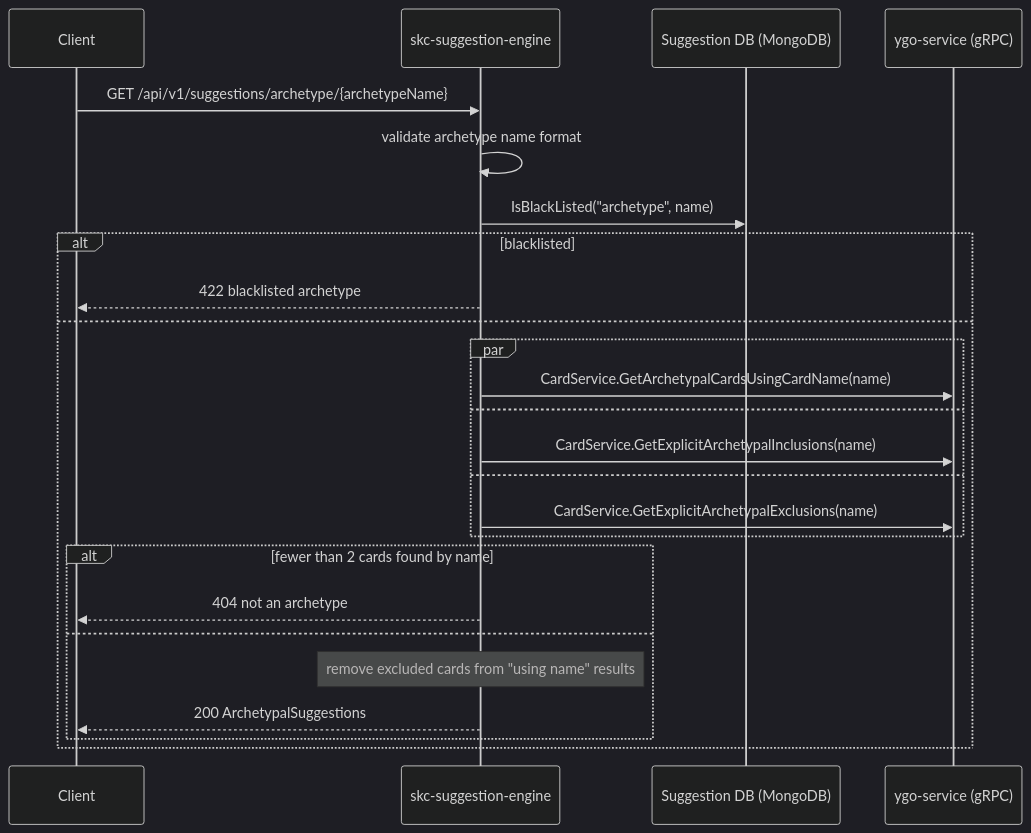
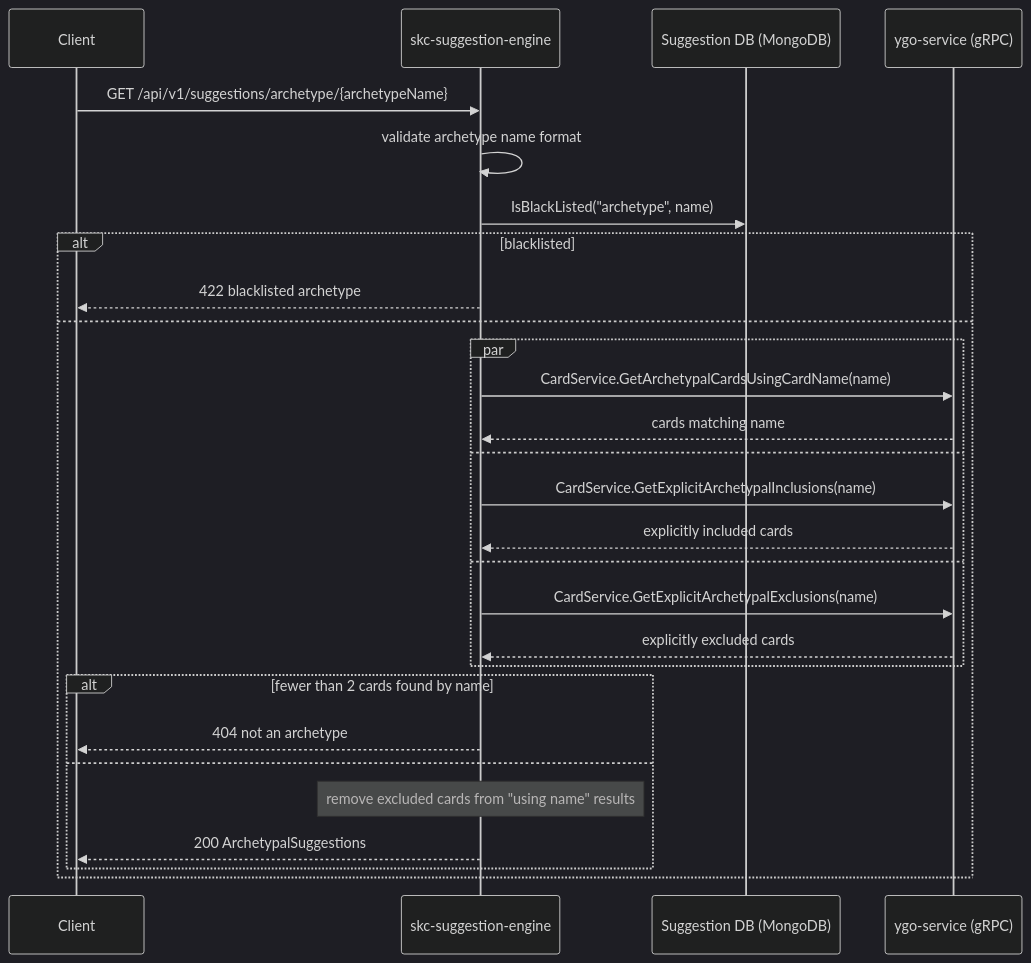
Before and after one commit to ygo-skc/skc-suggestion-engine: the tenth of 13 diagrams in SYSTEM_DESIGN.md, drawn with Mermaid (dark theme). The commit also changed other lines of this file, not shown here.

````diff
--- a/SYSTEM_DESIGN.md
+++ b/SYSTEM_DESIGN.md
@@ -198,28 +220,31 @@
 ```mermaid
 sequenceDiagram
     participant Client
     participant API as skc-suggestion-engine
     participant DB as Suggestion DB (MongoDB)
     participant YGO as ygo-service (gRPC)
 
     Client->>API: GET /api/v1/suggestions/archetype/{archetypeName}
     API->>API: validate archetype name format
     API->>DB: IsBlackListed("archetype", name)
     alt blacklisted
         API-->>Client: 422 blacklisted archetype
     else
         par
             API->>YGO: CardService.GetArchetypalCardsUsingCardName(name)
+            YGO-->>API: cards matching name
         and
             API->>YGO: CardService.GetExplicitArchetypalInclusions(name)
+            YGO-->>API: explicitly included cards
         and
             API->>YGO: CardService.GetExplicitArchetypalExclusions(name)
+            YGO-->>API: explicitly excluded cards
         end
         alt fewer than 2 cards found by name
             API-->>Client: 404 not an archetype
         else
             Note over API: remove excluded cards from "using name" results
             API-->>Client: 200 ArchetypalSuggestions
         end
     end
 ```
````
